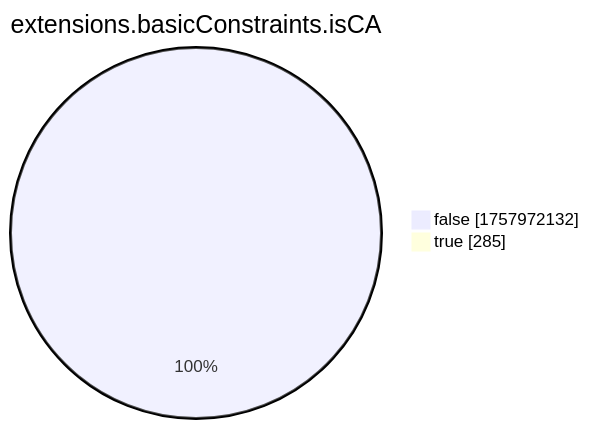
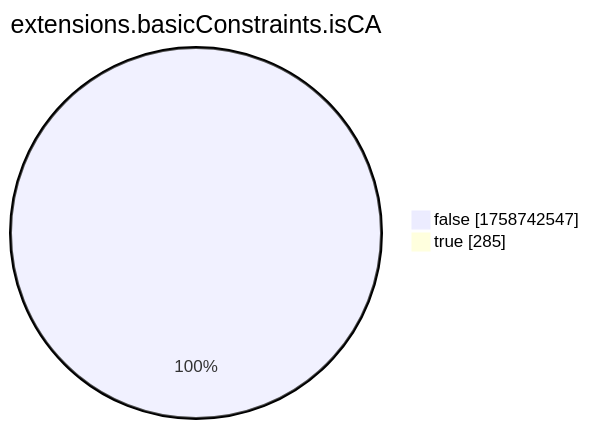
The eighth of 15 diagrams in xenon2022/README.md (christiankrug/ctmonitor_visualization), drawn with Mermaid before and after one commit. The commit also changed other lines of this file, not shown here.

````diff
--- a/xenon2022/README.md
+++ b/xenon2022/README.md
@@ -2868,6 +2868,6 @@
 ```mermaid
 pie showData
 title extensions.basicConstraints.isCA
-"false" :1757972132
+"false" :1758742547
 "true" :285
 ```
````
